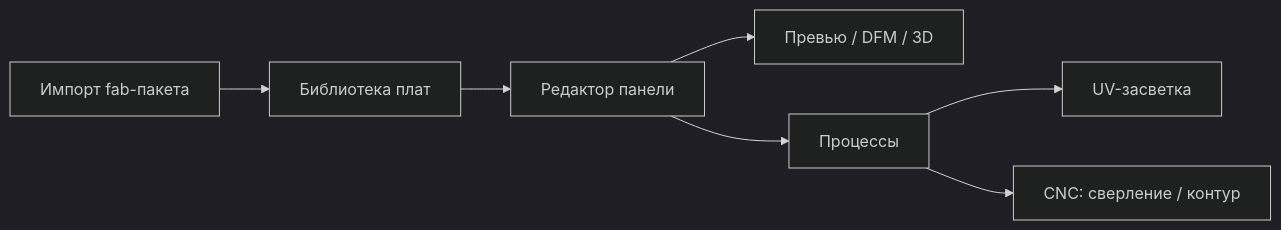
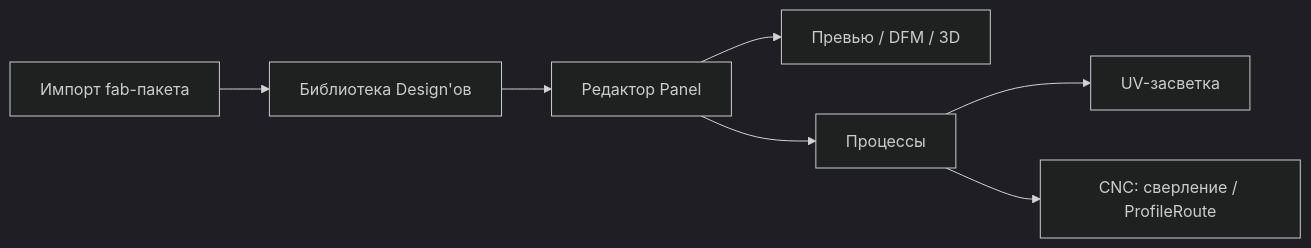
One commit to fixcik/cuprum changed the second of 2 diagrams in docs/PROJECT.md. Above: the diagram before and after it, drawn with Mermaid (dark theme). The commit also changed other lines of this file and 30 other files, not shown here.

````diff
--- a/docs/PROJECT.md
+++ b/docs/PROJECT.md
@@ -798,9 +758,9 @@
 ```mermaid
 flowchart LR
-  A[Импорт fab-пакета] --> B[Библиотека плат]
-  B --> C[Редактор панели]
+  A[Импорт fab-пакета] --> B[Библиотека Design'ов]
+  B --> C[Редактор Panel]
   C --> D[Превью / DFM / 3D]
   C --> E[Процессы]
   E --> F[UV-засветка]
-  E --> G[CNC: сверление / контур]
+  E --> G[CNC: сверление / ProfileRoute]
 ```
````
